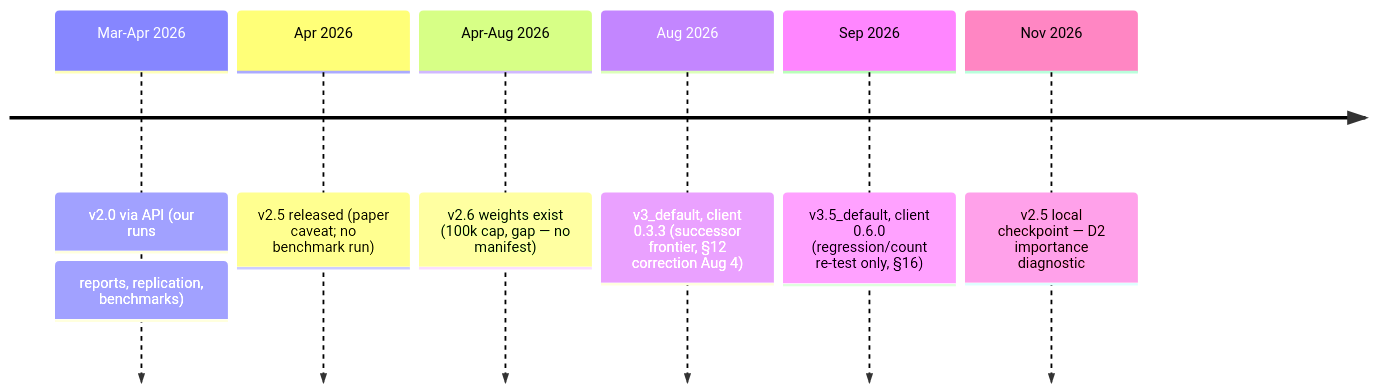
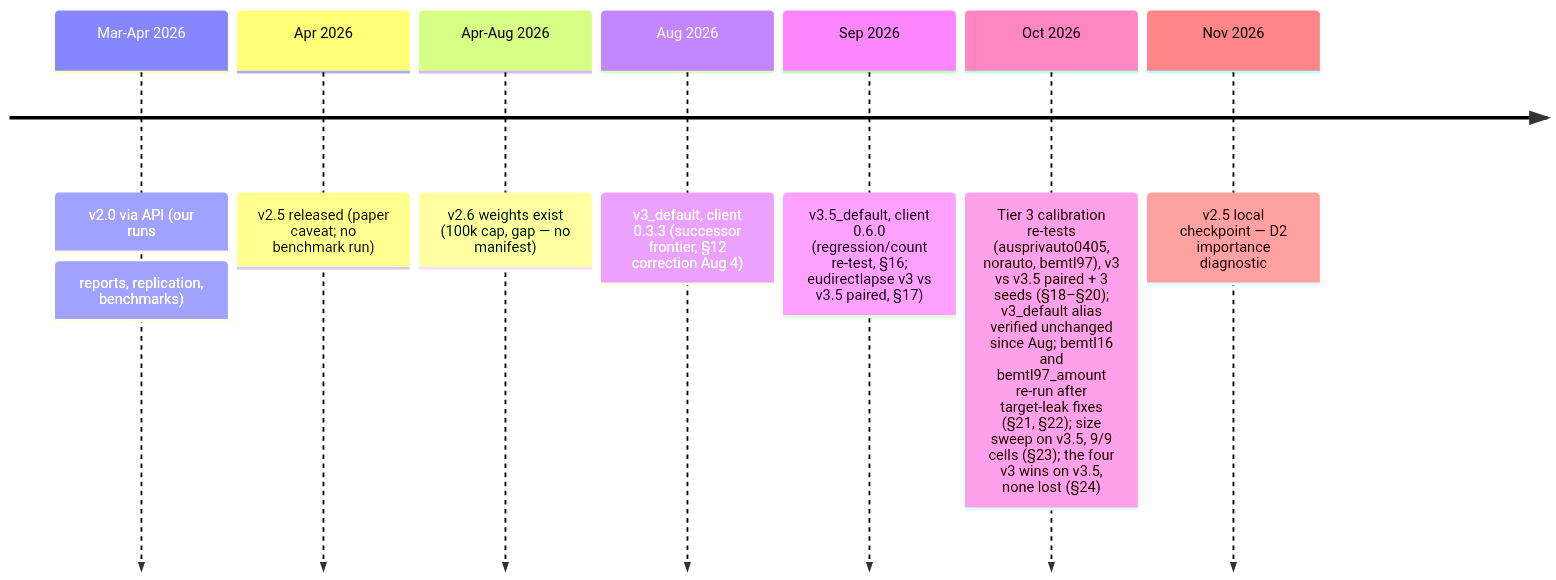
The diagram in docs/MODEL_VERSIONS.md (IFoA-ADSWP/tabular-foundation-model), drawn with Mermaid before and after one commit. The commit also changed other lines of this file and 184 other files, not shown here.

````diff
--- a/docs/MODEL_VERSIONS.md
+++ b/docs/MODEL_VERSIONS.md
@@ -42,9 +48,10 @@
 ```mermaid
 timeline
     Mar-Apr 2026 : v2.0 via API (our runs: reports, replication, benchmarks)
     Apr 2026 : v2.5 released (paper caveat; no benchmark run)
     Apr-Aug 2026 : v2.6 weights exist (100k cap, gap — no manifest)
     Aug 2026 : v3_default, client 0.3.3 (successor frontier, §12 correction Aug 4)
-    Sep 2026 : v3.5_default, client 0.6.0 (regression/count re-test only, §16)
+    Sep 2026 : v3.5_default, client 0.6.0 (regression/count re-test, §16; eudirectlapse v3 vs v3.5 paired, §17)
+    Oct 2026 : Tier 3 calibration re-tests (ausprivauto0405, norauto, bemtl97), v3 vs v3.5 paired + 3 seeds (§18–§20); v3_default alias verified unchanged since Aug; bemtl16 and bemtl97_amount re-run after target-leak fixes (§21, §22); size sweep on v3.5, 9/9 cells (§23); the four v3 wins on v3.5, none lost (§24)
     Nov 2026 : v2.5 local checkpoint — D2 importance diagnostic
 ```
````
